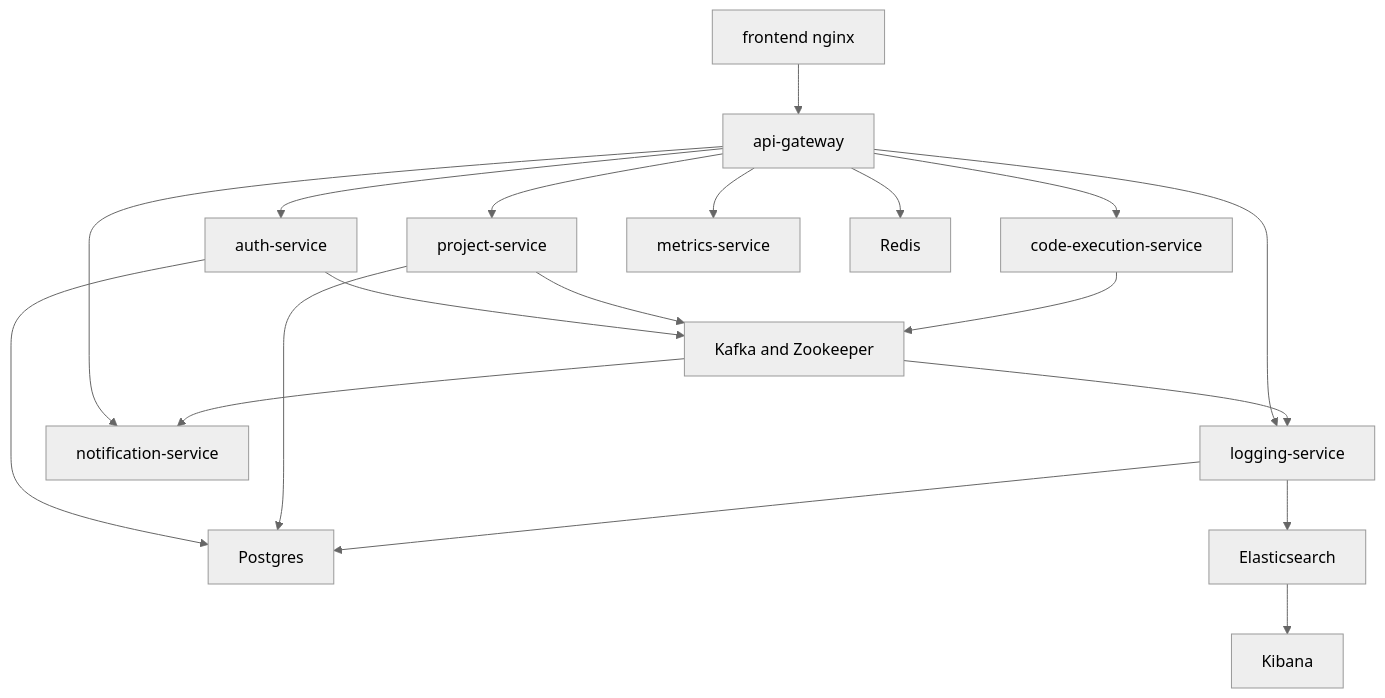
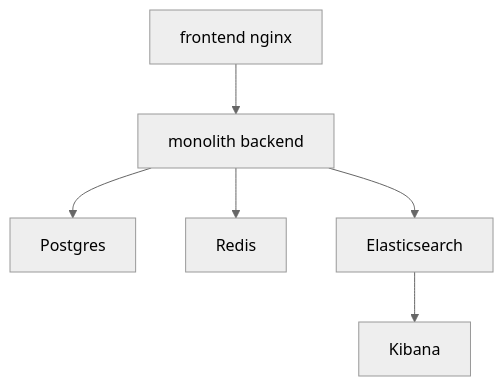
One commit to 123suraj-sky/DevOps-Suite changed the fifth of 5 diagrams in docs/02-architecture-hld.md. Above: the diagram before and after it, drawn with Mermaid (neutral theme). The commit also changed other lines of this file and 116 other files, not shown here.

First line of the commit message:
refactor: convert microservices to monolithic architecture

````diff
--- a/docs/02-architecture-hld.md
+++ b/docs/02-architecture-hld.md
@@ -107,35 +70,15 @@
 ```mermaid
 flowchart TB
     FE[frontend nginx]
-    GW[api-gateway]
-    AUTH[auth-service]
-    CODE[code-execution-service]
-    PROJ[project-service]
-    LOG[logging-service]
-    MET[metrics-service]
-    NOTIF[notification-service]
+    MN[monolith backend]
     PG[Postgres]
     RD[Redis]
-    KF[Kafka and Zookeeper]
     ESK[Elasticsearch]
     KB[Kibana]
 
-    FE --> GW
-    GW --> AUTH
-    GW --> CODE
-    GW --> PROJ
-    GW --> LOG
-    GW --> MET
-    GW --> NOTIF
-    GW --> RD
-    AUTH --> PG
-    PROJ --> PG
-    LOG --> PG
-    LOG --> ESK
+    FE --> MN
+    MN --> PG
+    MN --> RD
+    MN --> ESK
     ESK --> KB
-    AUTH --> KF
-    PROJ --> KF
-    CODE --> KF
-    KF --> LOG
-    KF --> NOTIF
 ```
````
